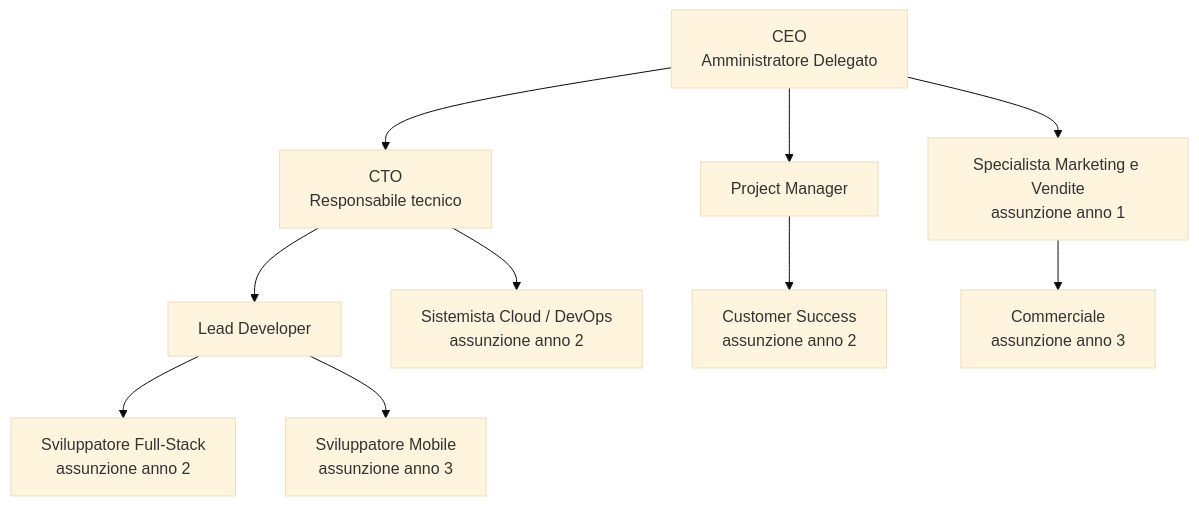
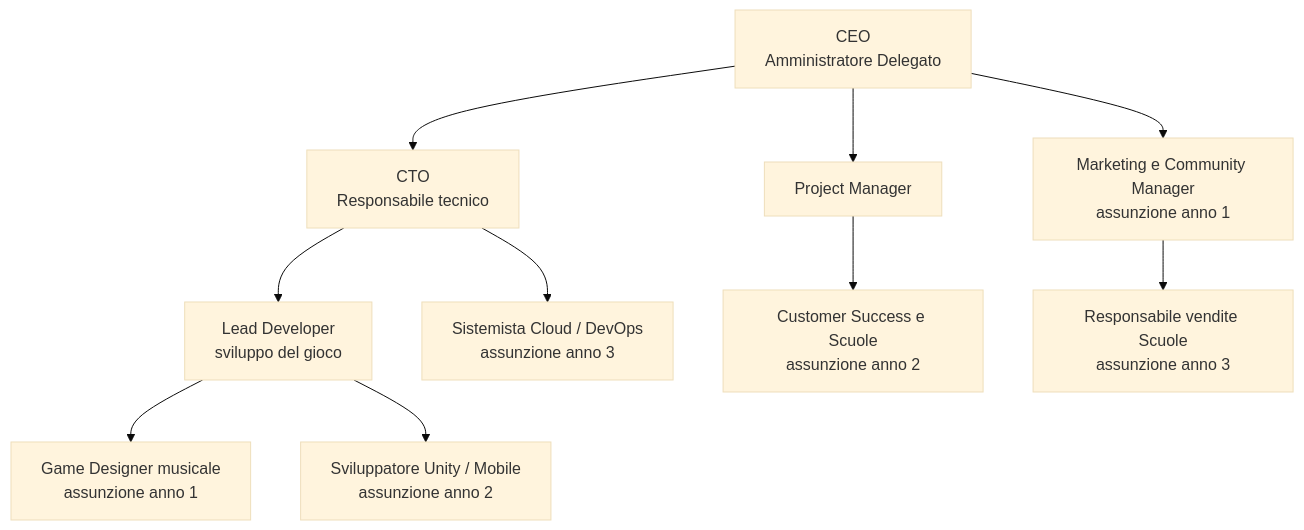
One commit to Malaka-Gonawala/Business_PLan_GPOI changed the second of 3 diagrams in RELAZIONE_BUSINESS_PLAN.md. Above: the diagram before and after it, drawn with Mermaid (base theme). The commit also changed other lines of this file and 1 other file, not shown here.

First line of the commit message:
Riscritta la relazione del Business Plan sull'idea scelta dal gruppo: Suonami

````diff
--- a/RELAZIONE_BUSINESS_PLAN.md
+++ b/RELAZIONE_BUSINESS_PLAN.md
@@ -228,13 +243,13 @@
 ```mermaid
 flowchart TD
     CEO[CEO<br/>Amministratore Delegato]
     CEO --> CTO[CTO<br/>Responsabile tecnico]
     CEO --> PM[Project Manager]
-    CEO --> MKT[Specialista Marketing e Vendite<br/>assunzione anno 1]
-    CTO --> LD[Lead Developer]
-    CTO --> DEVOPS[Sistemista Cloud / DevOps<br/>assunzione anno 2]
-    LD --> DEV1[Sviluppatore Full-Stack<br/>assunzione anno 2]
-    LD --> DEV2[Sviluppatore Mobile<br/>assunzione anno 3]
-    PM --> CS[Customer Success<br/>assunzione anno 2]
-    MKT --> SALES[Commerciale<br/>assunzione anno 3]
+    CEO --> MKT[Marketing e Community Manager<br/>assunzione anno 1]
+    CTO --> LD[Lead Developer<br/>sviluppo del gioco]
+    CTO --> DEVOPS[Sistemista Cloud / DevOps<br/>assunzione anno 3]
+    LD --> GD[Game Designer musicale<br/>assunzione anno 1]
+    LD --> DEV[Sviluppatore Unity / Mobile<br/>assunzione anno 2]
+    PM --> CS[Customer Success e Scuole<br/>assunzione anno 2]
+    MKT --> SALES[Responsabile vendite Scuole<br/>assunzione anno 3]
 ```
````
